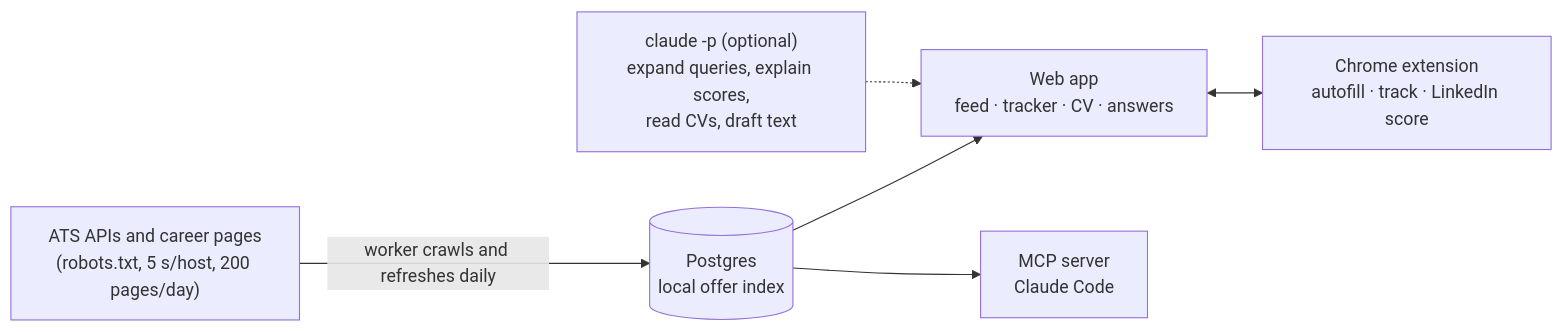
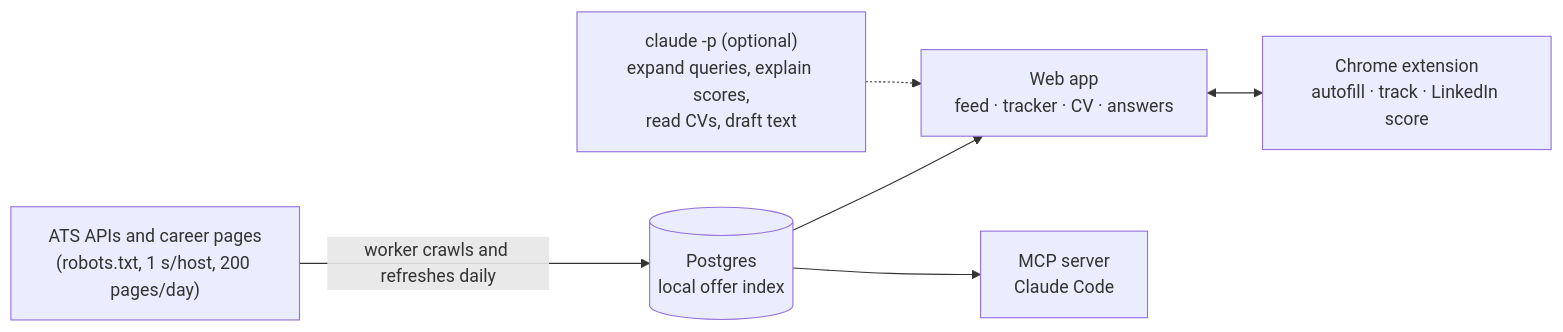
Before and after one commit to newrole-it/CEO: the diagram in README.md, drawn with Mermaid. The commit also changed other lines of this file and 108 other files, not shown here.

````diff
--- a/README.md
+++ b/README.md
@@ -146,8 +146,8 @@
 ```mermaid
 flowchart LR
-  A["ATS APIs and career pages<br/>(robots.txt, 5 s/host, 200 pages/day)"] -->|worker crawls and refreshes daily| B[("Postgres<br/>local offer index")]
+  A["ATS APIs and career pages<br/>(robots.txt, 1 s/host, 200 pages/day)"] -->|worker crawls and refreshes daily| B[("Postgres<br/>local offer index")]
   B --> C["Web app<br/>feed · tracker · CV · answers"]
   B --> D["MCP server<br/>Claude Code"]
   C <--> E["Chrome extension<br/>autofill · track · LinkedIn score"]
   F["claude -p (optional)<br/>expand queries, explain scores,<br/>read CVs, draft text"] -.-> C
 ```
````
